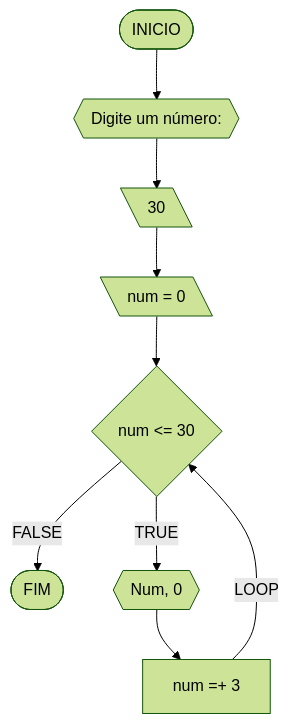
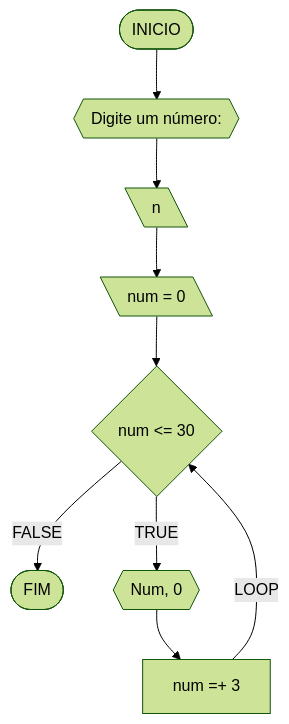
Before and after one commit to Gabriel0225/unifor: the fourth of 6 diagrams in RLA/unidade1/lista3.md, drawn with Mermaid (forest theme).

````diff
--- a/RLA/unidade1/lista3.md
+++ b/RLA/unidade1/lista3.md
@@ -145,11 +145,11 @@
 ```mermaid
 flowchart TD
 A([INICIO]) --> B{{Digite um número: }}
-B --> C[\30\]
+B --> C[\n\]
 C --> D[\num = 0\]
 D --> E{num <= 30}
 E --FALSE--> I([FIM])
 E --TRUE--> F{{"Num", 0}}
 F --> G[num =+ 3]
 G --LOOP--> E
 ```
````
